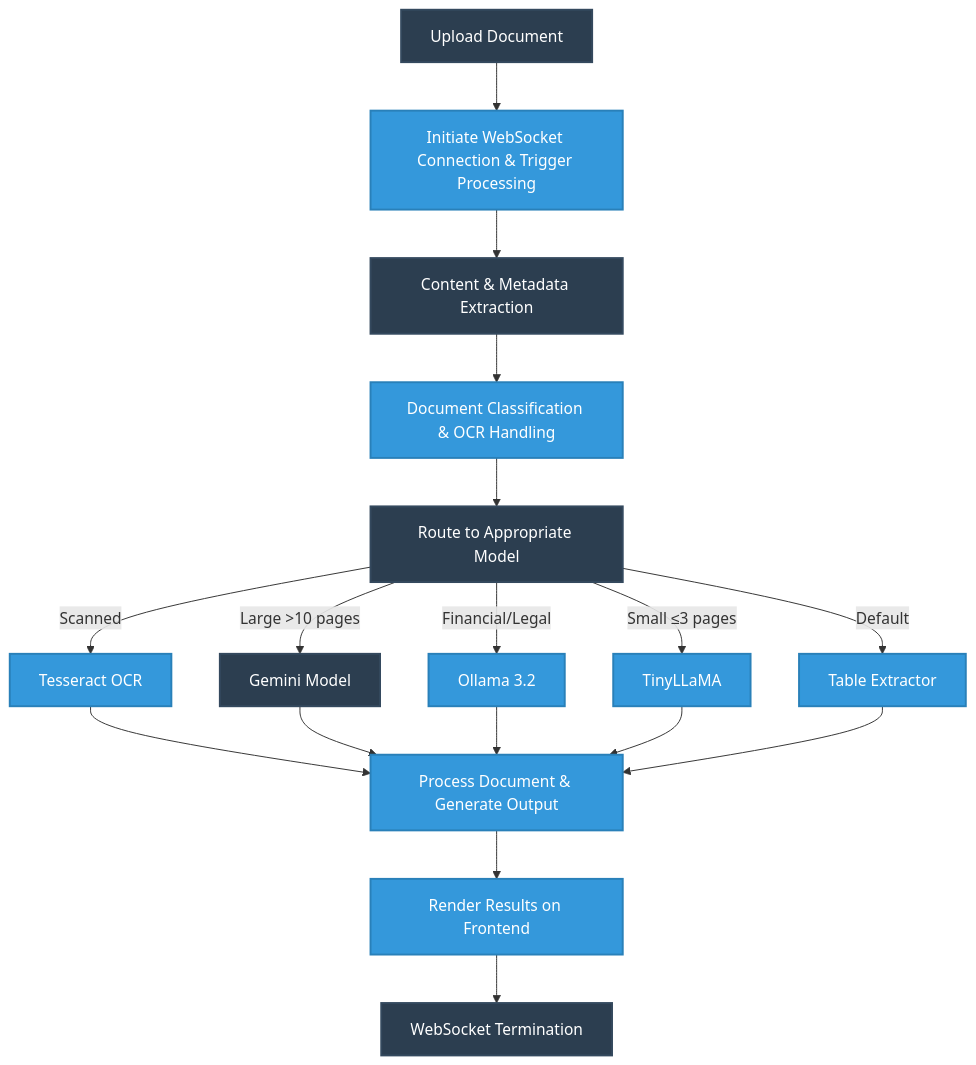
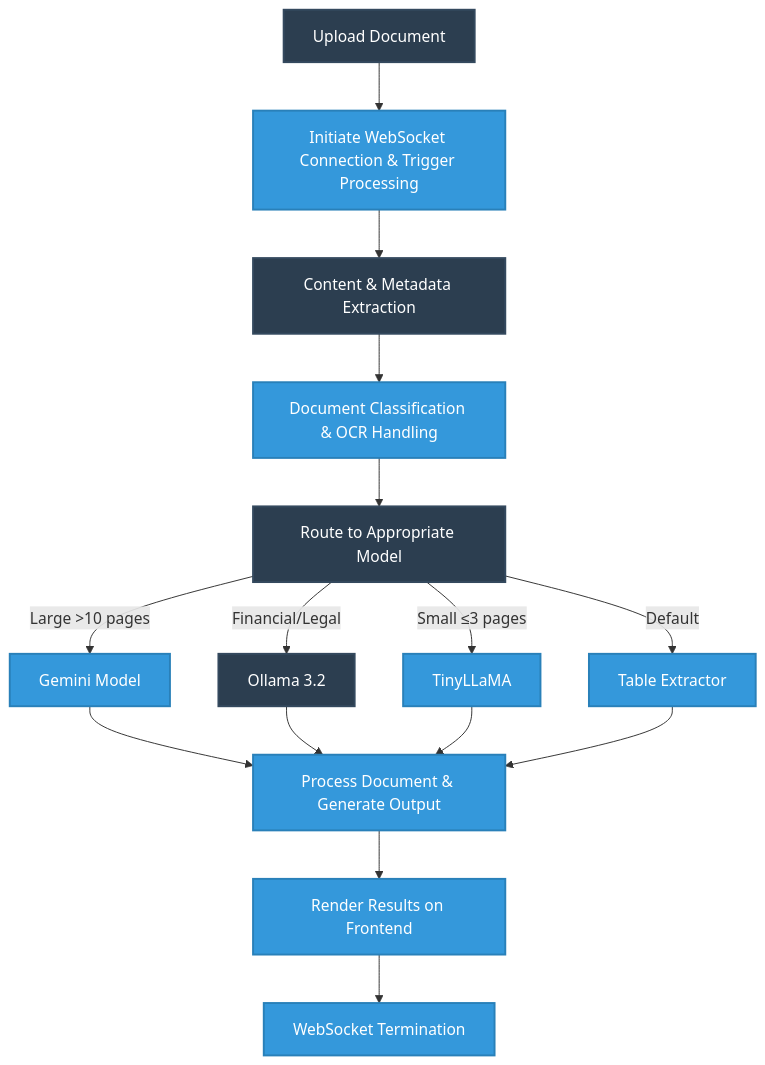
One commit to pharshithaa/document-processing-system changed the diagram in README.md. Above: the diagram before and after it, drawn with Mermaid. The commit also changed other lines of this file, not shown here.

````diff
--- a/README.md
+++ b/README.md
@@ -7,45 +7,42 @@
 ```mermaid
 graph TD
     %% Frontend Flow
     A[Upload Document] --> B[Initiate WebSocket Connection & Trigger Processing]
     B --> C[Content & Metadata Extraction]
     
     %% Backend Processing
     C --> D[Document Classification & OCR Handling]
     D --> E[Route to Appropriate Model]
 
     %% Processing Paths
-    E -->|Scanned| F[Tesseract OCR]
-    E -->|Large >10 pages| G[Gemini Model]
-    E -->|Financial/Legal| H[Ollama 3.2]
-    E -->|Small ≤3 pages| I[TinyLLaMA]
-    E -->|Default| J[Table Extractor]
+    E -->|Large >10 pages| F[Gemini Model]
+    E -->|Financial/Legal| G[Ollama 3.2]
+    E -->|Small ≤3 pages| H[TinyLLaMA]
+    E -->|Default| I[Table Extractor]
     
     %% Content Processing
-    F --> K[Process Document & Generate Output]
-    G --> K
-    H --> K
-    I --> K
-    J --> K
+    F --> J[Process Document & Generate Output]
+    G --> J
+    H --> J
+    I --> J
 
     
     %% Results & Status
-    K --> L[Render Results on Frontend]
-    L --> M[WebSocket Termination]
+    J --> K[Render Results on Frontend]
+    K --> L[WebSocket Termination]
     
 
     %% Styling - Professional Blue Theme
     style A fill:#2c3e50,stroke:#34495e,stroke-width:2px,color:#fff
     style B fill:#3498db,stroke:#2980b9,stroke-width:2px,color:#fff
     style C fill:#2c3e50,stroke:#34495e,stroke-width:2px,color:#fff
     style D fill:#3498db,stroke:#2980b9,stroke-width:2px,color:#fff
     style E fill:#2c3e50,stroke:#34495e,stroke-width:2px,color:#fff
     style F fill:#3498db,stroke:#2980b9,stroke-width:2px,color:#fff
     style G fill:#2c3e50,stroke:#34495e,stroke-width:2px,color:#fff
     style H fill:#3498db,stroke:#2980b9,stroke-width:2px,color:#fff
     style I fill:#3498db,stroke:#2980b9,stroke-width:2px,color:#fff
     style J fill:#3498db,stroke:#2980b9,stroke-width:2px,color:#fff
     style K fill:#3498db,stroke:#2980b9,stroke-width:2px,color:#fff
     style L fill:#3498db,stroke:#2980b9,stroke-width:2px,color:#fff
-    style M fill:#2c3e50,stroke:#34495e,stroke-width:2px,color:#fff
 ```
````
